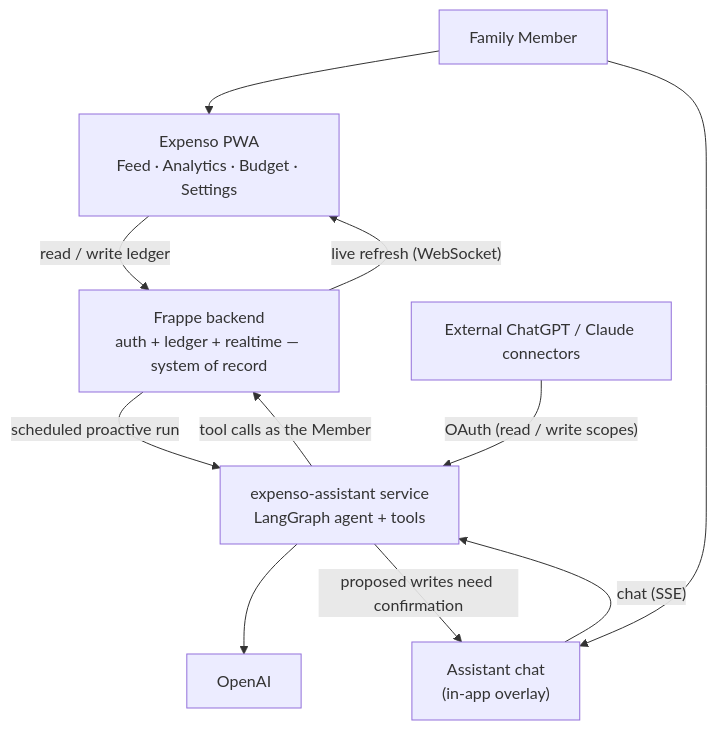
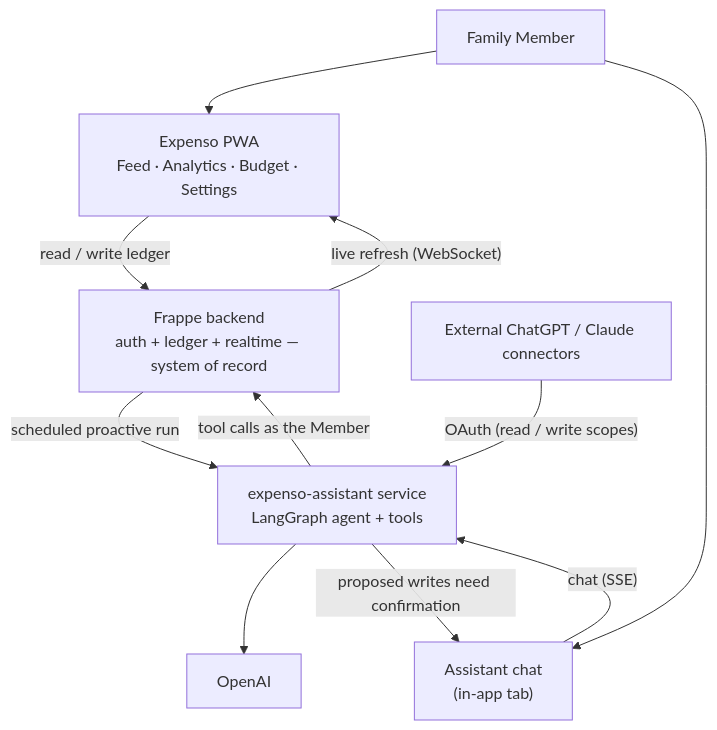
The first of 3 diagrams in docs/ARCHITECTURE.md (arunjoyt/expenso), drawn with Mermaid before and after one commit. The commit also changed other lines of this file and 6 other files, not shown here.

````diff
--- a/docs/ARCHITECTURE.md
+++ b/docs/ARCHITECTURE.md
@@ -25,23 +25,23 @@
 ```mermaid
 flowchart TD
     Member["Family Member"]
     App["Expenso PWA<br/>Feed · Analytics · Budget · Settings"]
-    ChatUI["Assistant chat<br/>(in-app overlay)"]
+    ChatUI["Assistant chat<br/>(in-app tab)"]
     Frappe["Frappe backend<br/>auth + ledger + realtime — system of record"]
     Assistant["expenso-assistant service<br/>LangGraph agent + tools"]
     LLM["OpenAI"]
     Ext["External ChatGPT / Claude connectors"]
 
     Member --> App
     Member --> ChatUI
     App -->|"read / write ledger"| Frappe
     Frappe -->|"live refresh (WebSocket)"| App
 
     ChatUI -->|"chat (SSE)"| Assistant
     Assistant -->|"tool calls as the Member"| Frappe
     Assistant --> LLM
     Assistant -->|"proposed writes need confirmation"| ChatUI
 
     Ext -->|"OAuth (read / write scopes)"| Assistant
     Frappe -->|"scheduled proactive run"| Assistant
 ```
````
